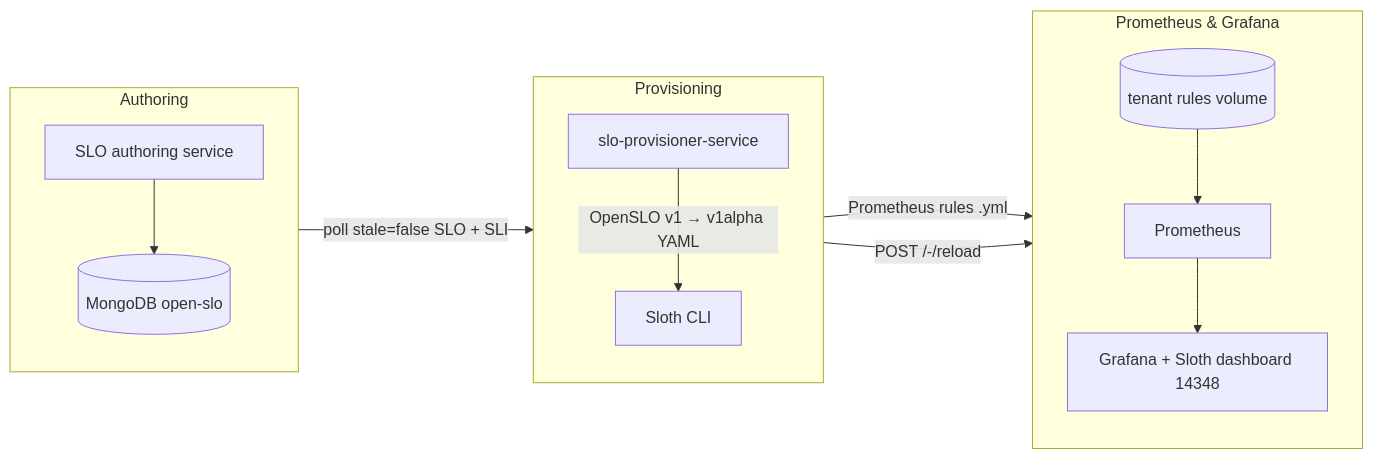
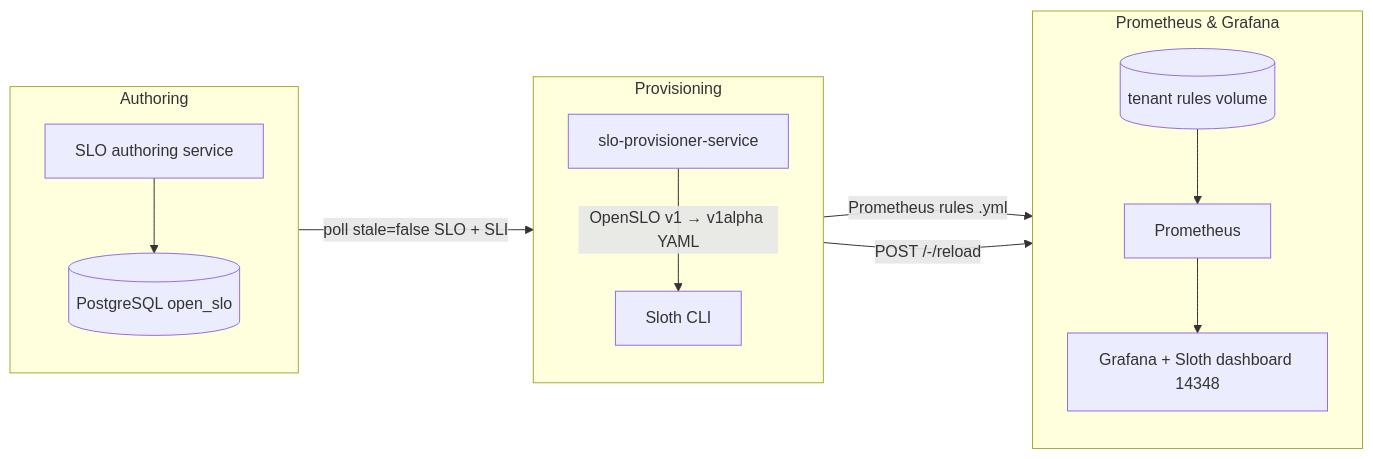
Before and after one commit to sanjuthomas/observability-mesh: the third of 3 diagrams in README.md, drawn with Mermaid. The commit also changed other lines of this file and 26 other files, not shown here.

First line of the commit message:
Migrate SLO catalog storage from MongoDB to PostgreSQL.

````diff
--- a/README.md
+++ b/README.md
@@ -102,29 +108,29 @@
 ```mermaid
 flowchart LR
     subgraph Authoring[Authoring]
         direction TB
         SloAuth[SLO authoring service]
-        Mongo[(MongoDB open-slo)]
+        Postgres[(PostgreSQL open_slo)]
     end
 
     subgraph Provisioning[Provisioning]
         direction TB
         Prov[slo-provisioner-service]
         Sloth[Sloth CLI]
     end
 
     subgraph Metrics[Prometheus & Grafana]
         direction TB        
         Grafana[Grafana + Sloth dashboard 14348]
         Prom[Prometheus]
         Rules[(tenant rules volume)]
     end
 
-    SloAuth --> Mongo
-    Mongo -->|poll stale=false SLO + SLI| Prov
+    SloAuth --> Postgres
+    Postgres -->|poll stale=false SLO + SLI| Prov
     Prov -->|OpenSLO v1 → v1alpha YAML| Sloth
     Sloth -->|Prometheus rules .yml| Rules
     Rules --> Prom
     Prov -->|POST /-/reload| Prom
     Prom --> Grafana
 ```
````
